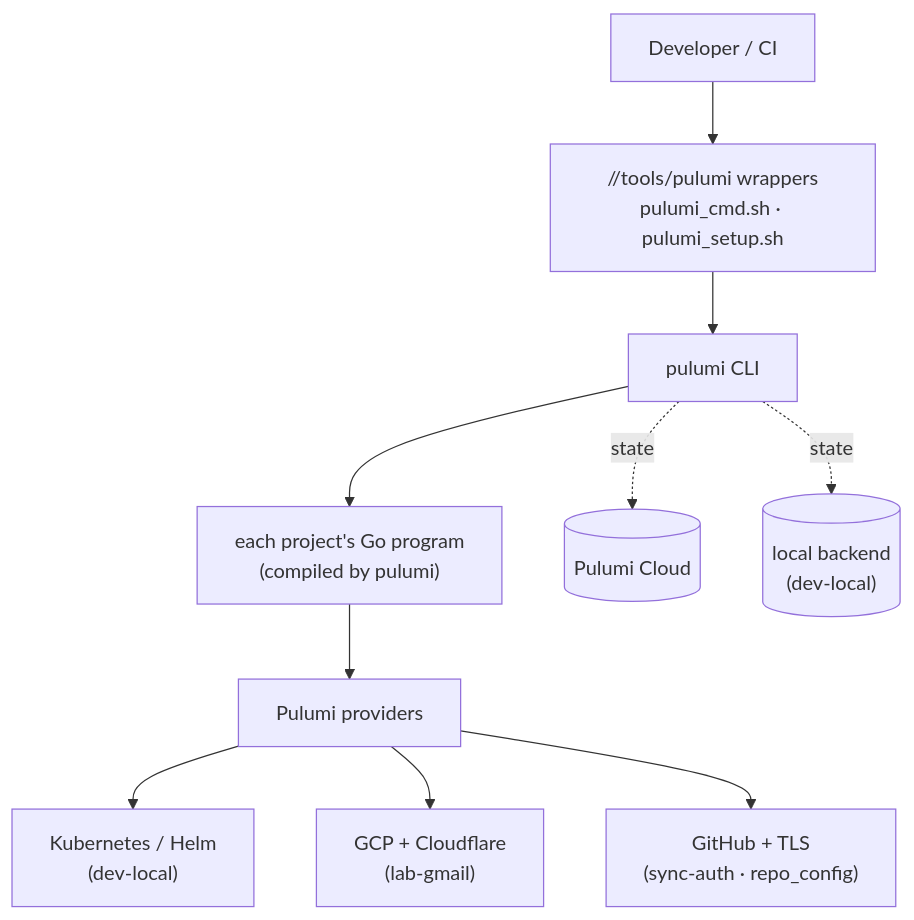
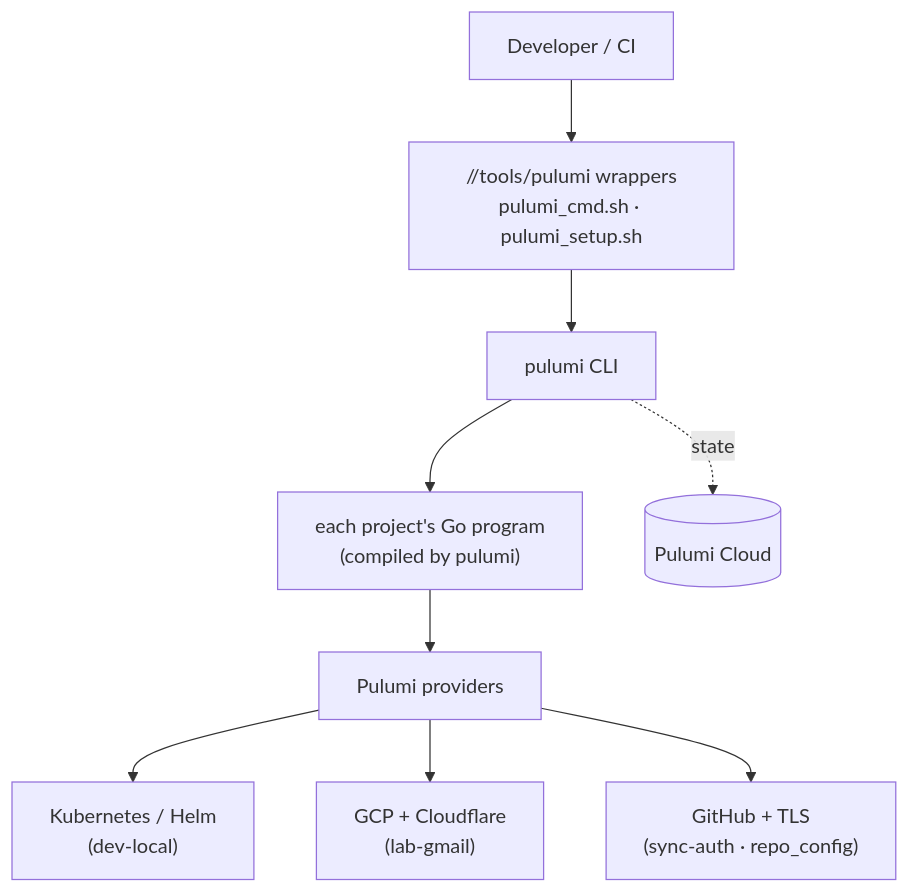
Before and after one commit to VitruvianSoftware/vitruvian-core: the first of 7 diagrams in docs/infrastructure/architecture.md, drawn with Mermaid. The commit also changed other lines of this file and 4 other files, not shown here.

First line of the commit message:
docs(infrastructure): add validated resilience catalog; fix dev-local backend facts

````diff
--- a/docs/infrastructure/architecture.md
+++ b/docs/infrastructure/architecture.md
@@ -27,12 +27,11 @@
 ```mermaid
 flowchart TB
     dev["Developer / CI"] --> wrap["//tools/pulumi wrappers<br/>pulumi_cmd.sh · pulumi_setup.sh"]
     wrap --> pulumi["pulumi CLI"]
     pulumi --> prog["each project's Go program<br/>(compiled by pulumi)"]
     prog --> providers["Pulumi providers"]
     providers --> k8s["Kubernetes / Helm<br/>(dev-local)"]
     providers --> gcpp["GCP + Cloudflare<br/>(lab-gmail)"]
     providers --> ghp["GitHub + TLS<br/>(sync-auth · repo_config)"]
     pulumi -. state .-> cloud[("Pulumi Cloud")]
-    pulumi -. state .-> localb[("local backend<br/>(dev-local)")]
 ```
````
